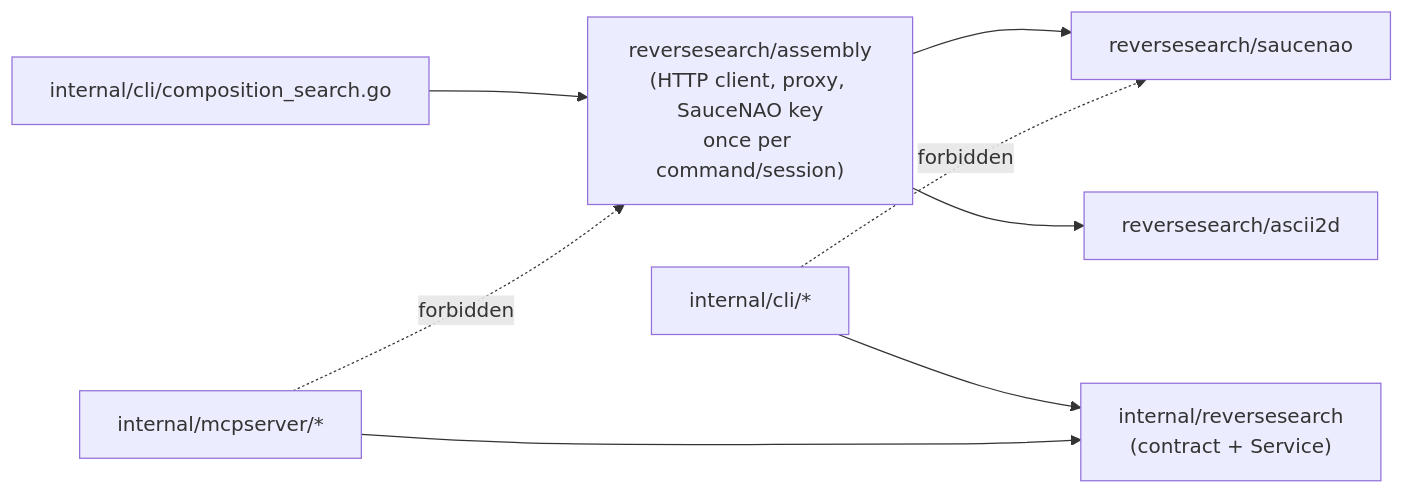
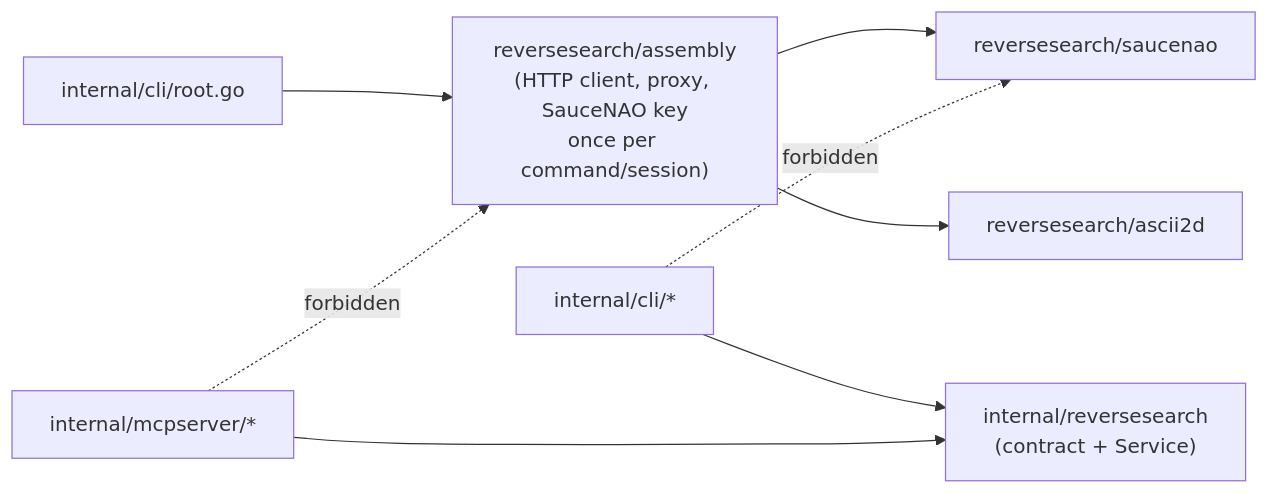
One commit to FlanChanXwO/pixiv-cli changed the third of 5 diagrams in docs/en/maintainers/architecture.md. Above: the diagram before and after it, drawn with Mermaid. The commit also changed other lines of this file and 31 other files, not shown here.

First line of the commit message:
refactor(cli): collapse the CLI root package into one root.go (O07) (#266)

````diff
--- a/docs/en/maintainers/architecture.md
+++ b/docs/en/maintainers/architecture.md
@@ -191,10 +186,10 @@
 ```mermaid
 flowchart LR
-    COMP["internal/cli/composition_search.go"] --> ASM["reversesearch/assembly<br/>(HTTP client, proxy, SauceNAO key<br/>once per command/session)"]
+    COMP["internal/cli/root.go"] --> ASM["reversesearch/assembly<br/>(HTTP client, proxy, SauceNAO key<br/>once per command/session)"]
     ASM --> SN["reversesearch/saucenao"]
     ASM --> A2["reversesearch/ascii2d"]
     CMDS["internal/cli/*"] --> TOP["internal/reversesearch<br/>(contract + Service)"]
     MCPS["internal/mcpserver/*"] --> TOP
     CMDS -.->|forbidden| SN
     MCPS -.->|forbidden| ASM
 ```
````
